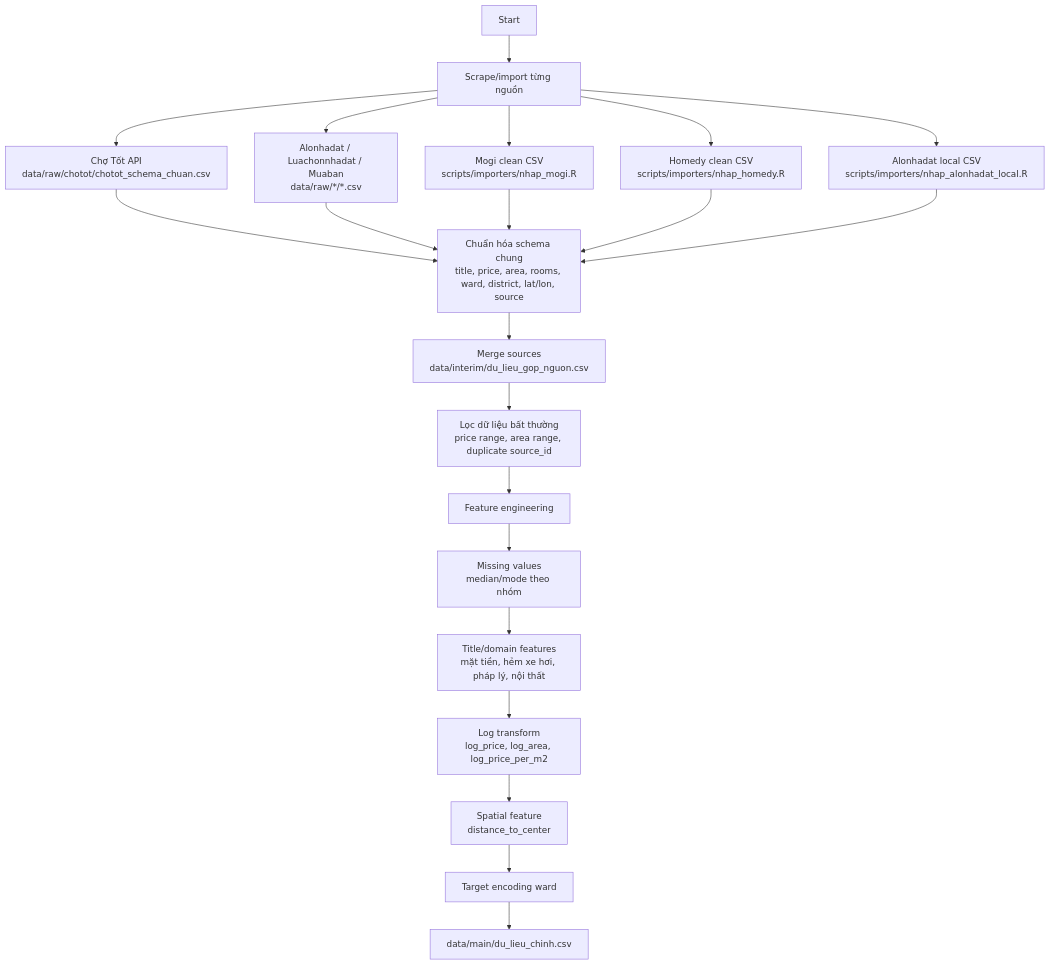
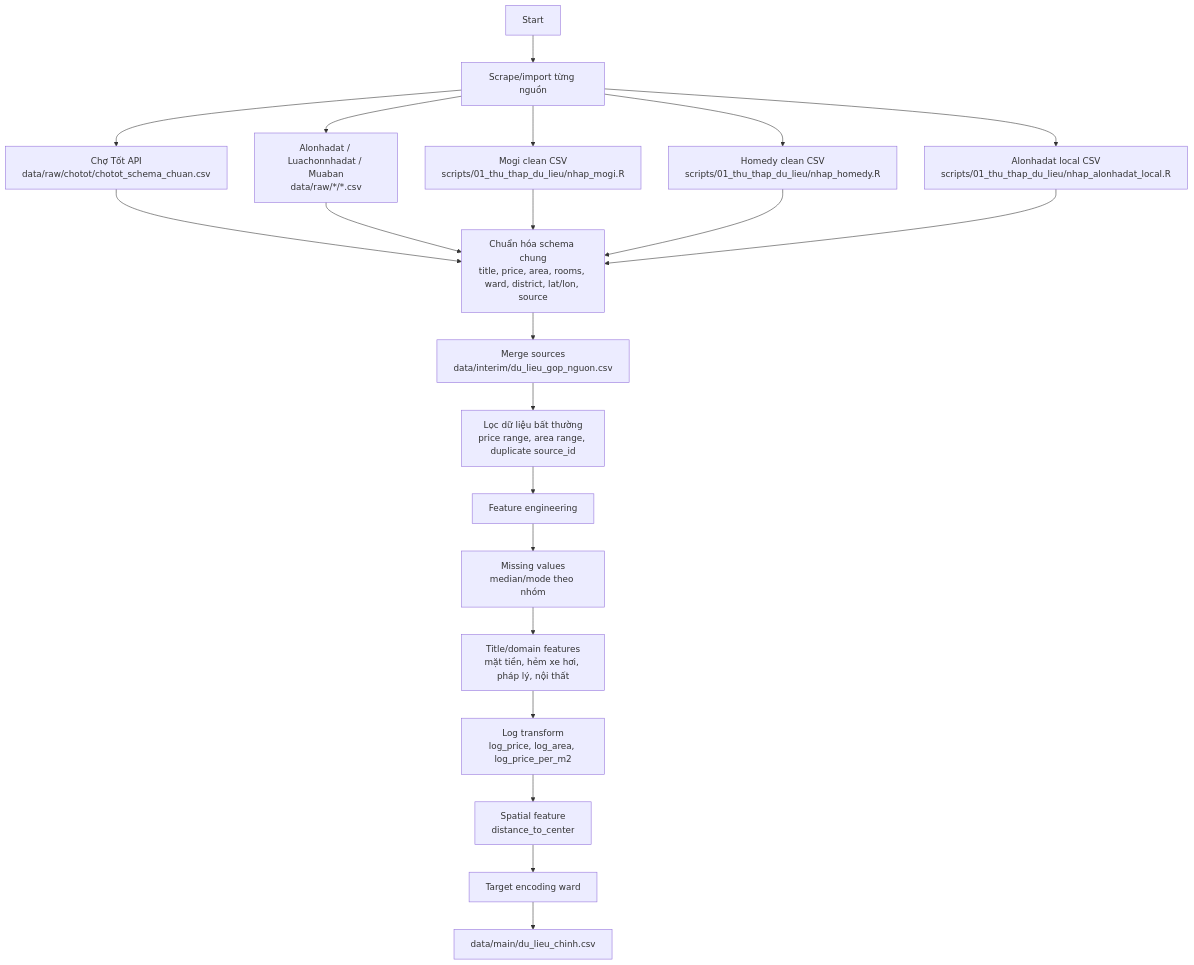
Before and after one commit to nguyenkhang310/phantichnhadathcm: the diagram in docs/diagrams/luong_du_lieu.mmd, drawn with Mermaid. The commit also changed 135 other files, not shown here.

```diff
--- a/docs/diagrams/luong_du_lieu.mmd
+++ b/docs/diagrams/luong_du_lieu.mmd
@@ -1,21 +1,21 @@
 flowchart TD
   A["Start"] --> B["Scrape/import từng nguồn"]
   B --> C1["Chợ Tốt API<br/>data/raw/chotot/chotot_schema_chuan.csv"]
   B --> C2["Alonhadat / Luachonnhadat / Muaban<br/>data/raw/*/*.csv"]
-  B --> C3["Mogi clean CSV<br/>scripts/importers/nhap_mogi.R"]
-  B --> C4["Homedy clean CSV<br/>scripts/importers/nhap_homedy.R"]
-  B --> C5["Alonhadat local CSV<br/>scripts/importers/nhap_alonhadat_local.R"]
+  B --> C3["Mogi clean CSV<br/>scripts/01_thu_thap_du_lieu/nhap_mogi.R"]
+  B --> C4["Homedy clean CSV<br/>scripts/01_thu_thap_du_lieu/nhap_homedy.R"]
+  B --> C5["Alonhadat local CSV<br/>scripts/01_thu_thap_du_lieu/nhap_alonhadat_local.R"]
   C1 --> D["Chuẩn hóa schema chung<br/>title, price, area, rooms, ward, district, lat/lon, source"]
   C2 --> D
   C3 --> D
   C4 --> D
   C5 --> D
   D --> E["Merge sources<br/>data/interim/du_lieu_gop_nguon.csv"]
   E --> F["Lọc dữ liệu bất thường<br/>price range, area range, duplicate source_id"]
   F --> G["Feature engineering"]
   G --> H["Missing values<br/>median/mode theo nhóm"]
   H --> I["Title/domain features<br/>mặt tiền, hẻm xe hơi, pháp lý, nội thất"]
   I --> J["Log transform<br/>log_price, log_area, log_price_per_m2"]
   J --> K["Spatial feature<br/>distance_to_center"]
   K --> L["Target encoding ward"]
   L --> M["data/main/du_lieu_chinh.csv"]
```
